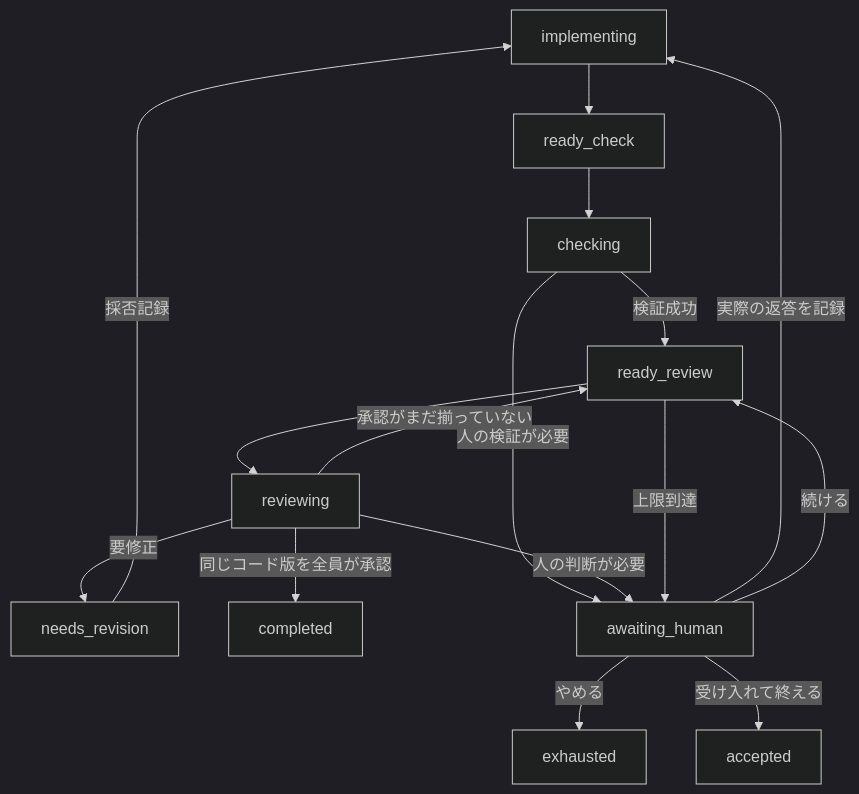
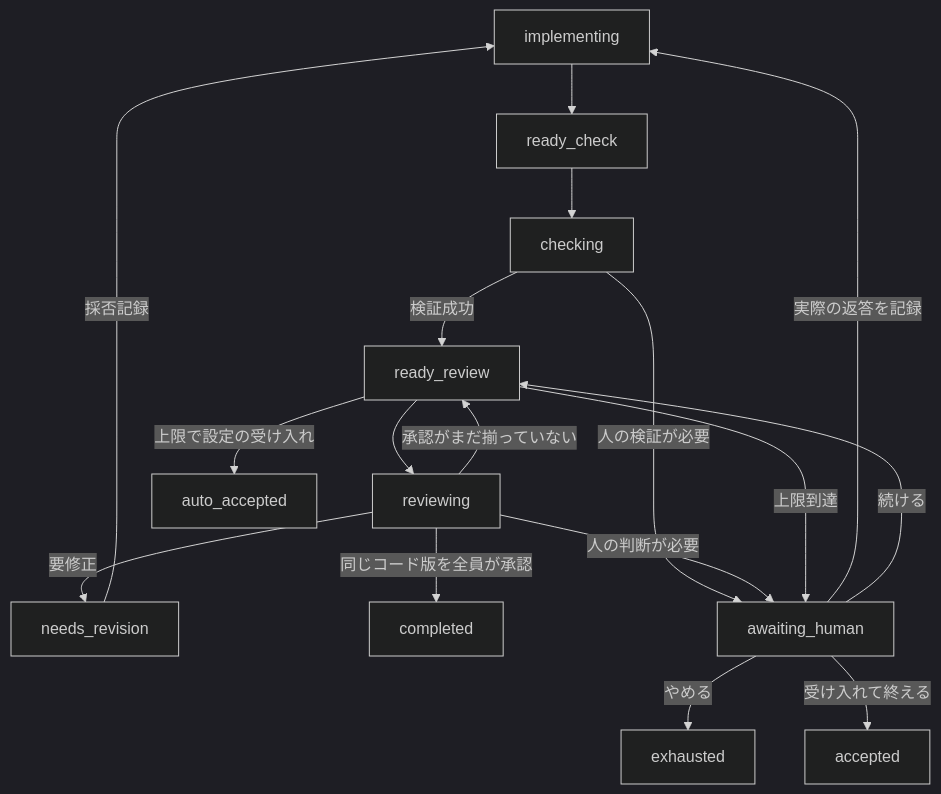
One commit to rysh25/devflow changed the second of 2 diagrams in docs/architecture.md. Above: the diagram before and after it, drawn with Mermaid (dark theme). The commit also changed other lines of this file and 38 other files, not shown here.

````diff
--- a/docs/architecture.md
+++ b/docs/architecture.md
@@ -89,18 +89,19 @@
 ```mermaid
 flowchart TD
     I[implementing] --> C[ready_check]
     C --> K[checking]
     K -->|検証成功| R[ready_review]
     R --> V[reviewing]
     V -->|要修正| N[needs_revision]
     N -->|採否記録| I
     V -->|承認がまだ揃っていない| R
     V -->|同じコード版を全員が承認| D[completed]
     K -->|人の検証が必要| H[awaiting_human]
     V -->|人の判断が必要| H
     H -->|実際の返答を記録| I
     R -->|上限到達| H
+    R -->|上限で設定の受け入れ| AA[auto_accepted]
     H -->|続ける| R
     H -->|やめる| E[exhausted]
     H -->|受け入れて終える| A[accepted]
 ```
````
